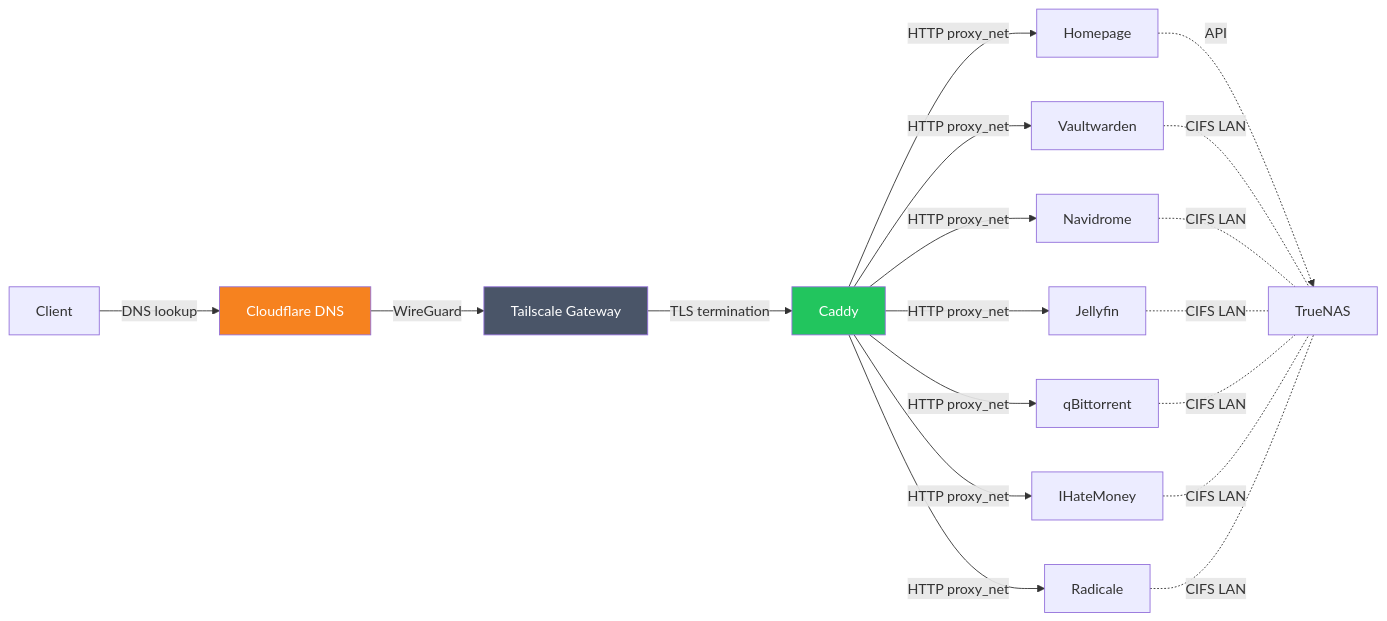
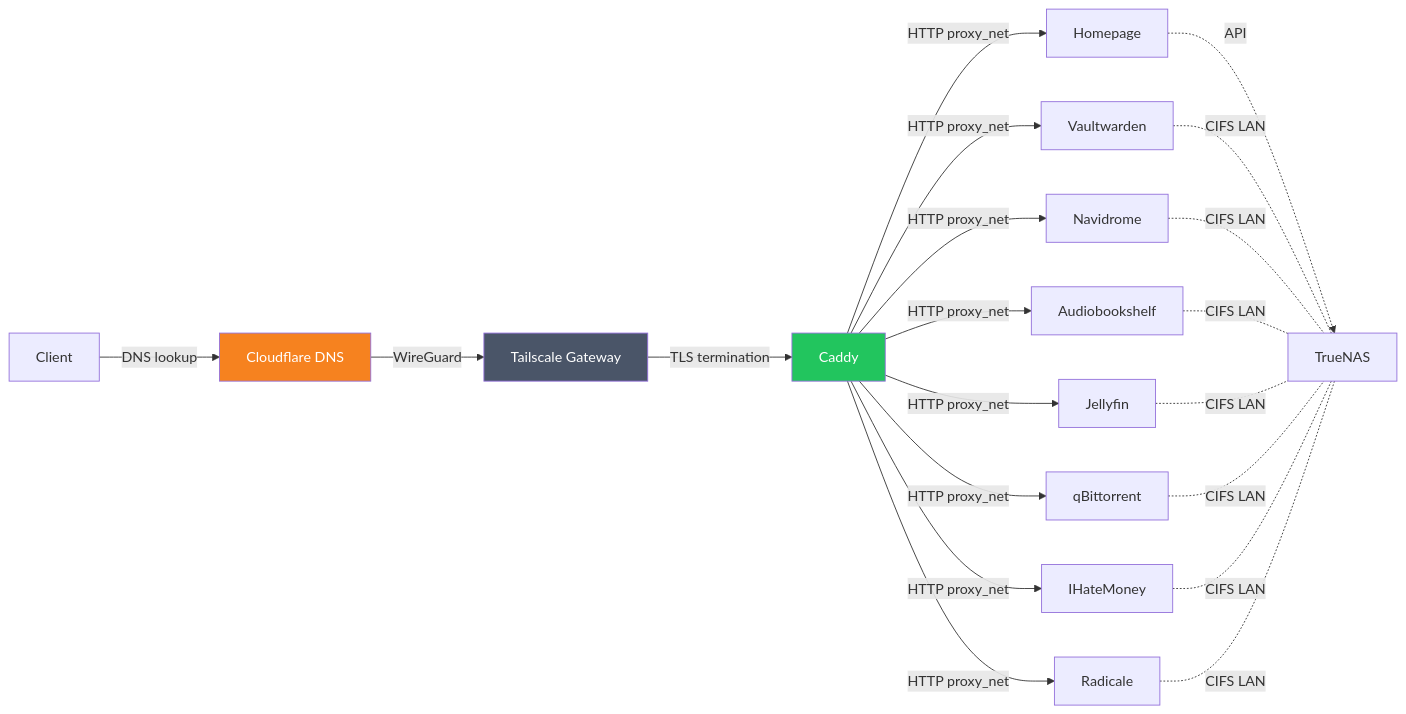
Before and after one commit to masolnada/homelab: the second of 2 diagrams in README.md, drawn with Mermaid. The commit also changed other lines of this file and 3 other files, not shown here.

````diff
--- a/README.md
+++ b/README.md
@@ -69,24 +73,26 @@
 ```mermaid
 graph LR
     Client -->|DNS lookup| CF[Cloudflare DNS]
     CF -->|WireGuard| TS[Tailscale Gateway]
     TS -->|TLS termination| Caddy
     Caddy -->|HTTP proxy_net| Homepage
     Caddy -->|HTTP proxy_net| Vaultwarden
     Caddy -->|HTTP proxy_net| Navidrome
+    Caddy -->|HTTP proxy_net| Audiobookshelf
     Caddy -->|HTTP proxy_net| IHateMoney
     Caddy -->|HTTP proxy_net| Jellyfin
     Caddy -->|HTTP proxy_net| qBittorrent
     Caddy -->|HTTP proxy_net| Radicale
     Homepage -.->|API| NAS[TrueNAS]
     Vaultwarden -.-|CIFS LAN| NAS
     Navidrome -.-|CIFS LAN| NAS
+    Audiobookshelf -.-|CIFS LAN| NAS
     Jellyfin -.-|CIFS LAN| NAS
     qBittorrent -.-|CIFS LAN| NAS
     IHateMoney -.-|CIFS LAN| NAS
     Radicale -.-|CIFS LAN| NAS
 
     style CF fill:#f6821f,color:#fff
     style TS fill:#4a5568,color:#fff
     style Caddy fill:#22c55e,color:#fff
 ```
````
